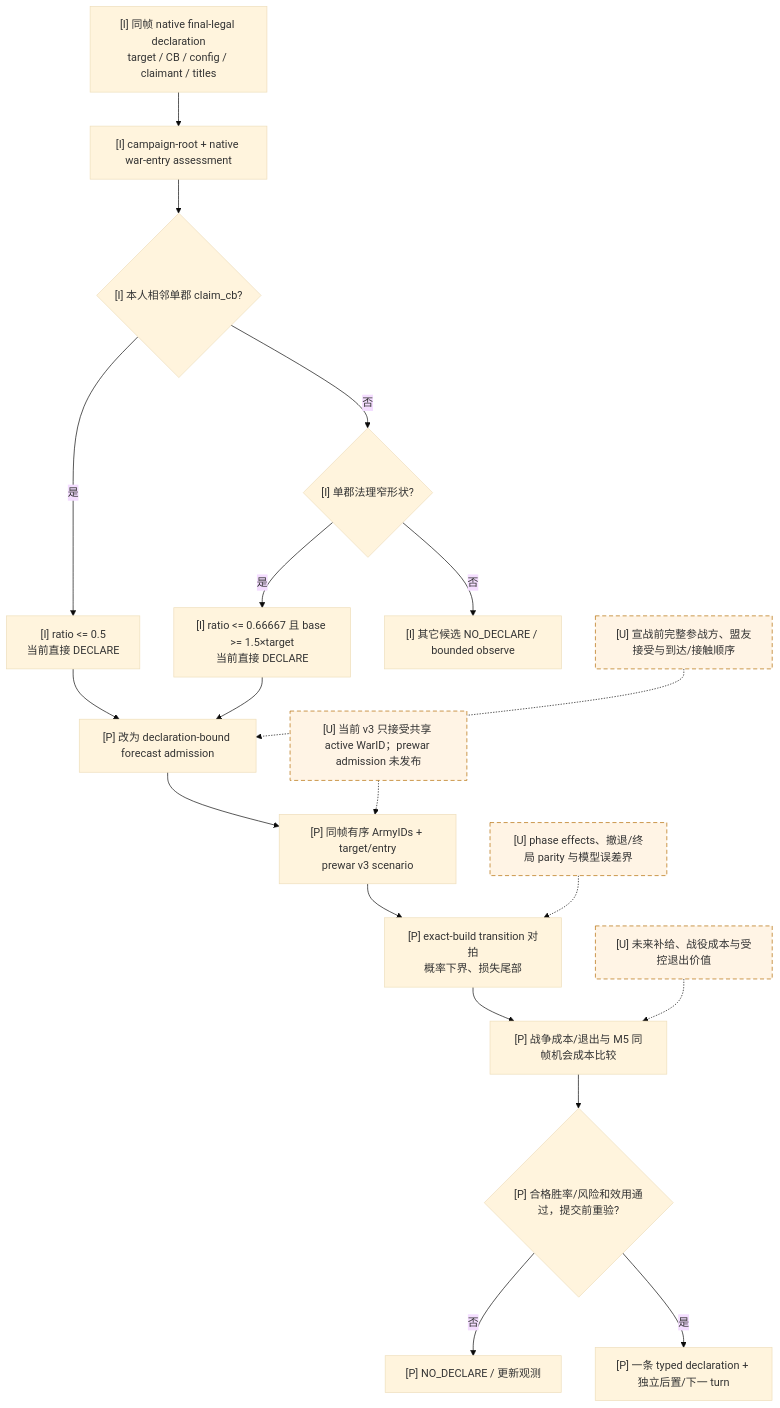
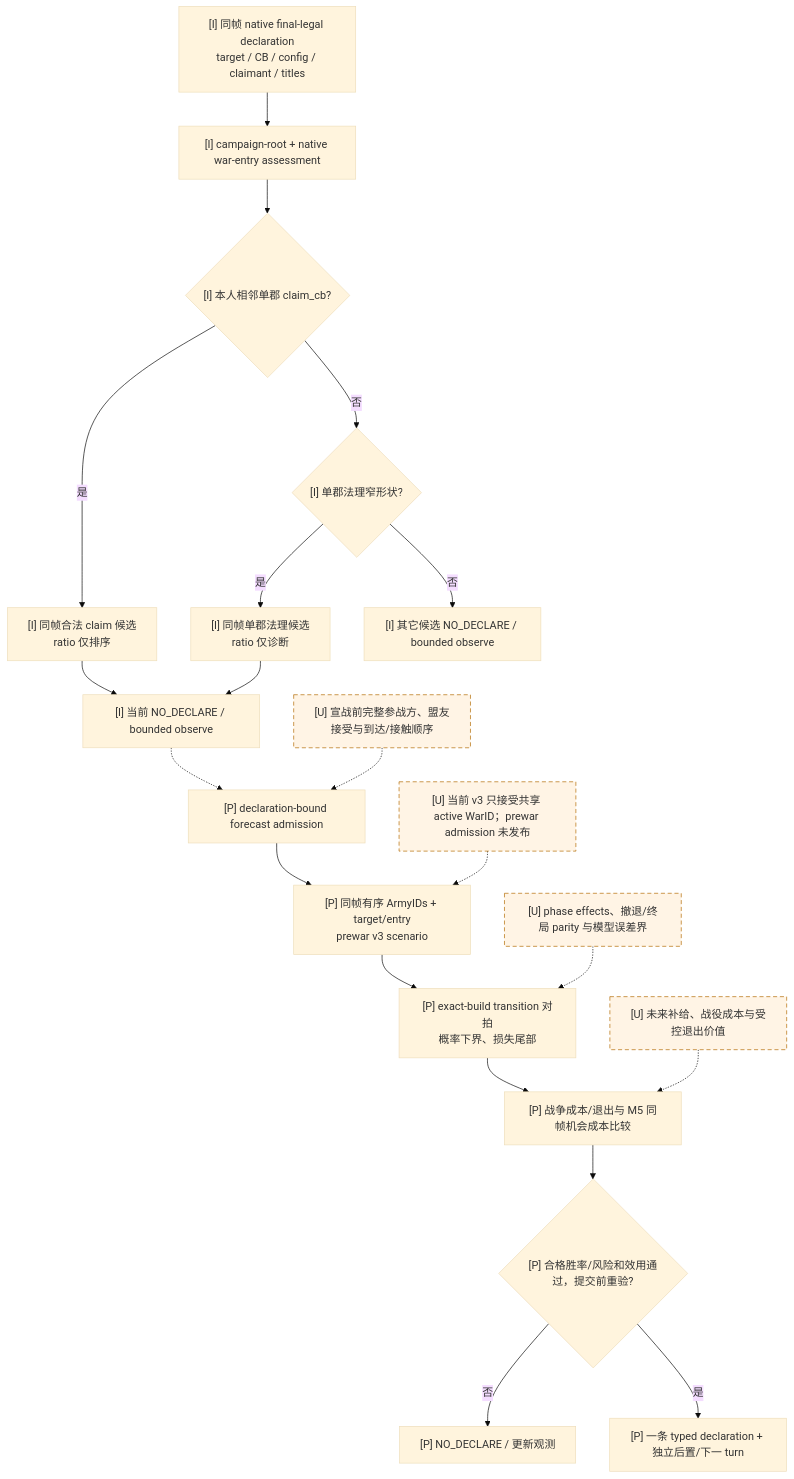
Before and after one commit to XenoAmess/ck3_eternal_recurrence: the seventh of 7 diagrams in docs/ck3-native-ai/war-declaration.md, drawn with Mermaid (base theme). The commit also changed other lines of this file and 3 other files, not shown here.

Commit message:
WAR-DECLARE-FORECAST-B1 defer war declaration until prewar forecast

````diff
--- a/docs/ck3-native-ai/war-declaration.md
+++ b/docs/ck3-native-ai/war-declaration.md
@@ -461,23 +464,24 @@
 ```mermaid
 flowchart TD
     D["[I] 同帧 native final-legal declaration<br/>target / CB / config / claimant / titles"] --> B["[I] campaign-root + native war-entry assessment"]
     B --> C{"[I] 本人相邻单郡 claim_cb?"}
-    C -- 是 --> R1["[I] ratio <= 0.5<br/>当前直接 DECLARE"]
+    C -- 是 --> R1["[I] 同帧合法 claim 候选<br/>ratio 仅排序"]
     C -- 否 --> J{"[I] 单郡法理窄形状?"}
-    J -- 是 --> R2["[I] ratio <= 0.66667 且 base >= 1.5×target<br/>当前直接 DECLARE"]
+    J -- 是 --> R2["[I] 同帧单郡法理候选<br/>ratio 仅诊断"]
     J -- 否 --> N["[I] 其它候选 NO_DECLARE / bounded observe"]
-    R1 --> F["[P] 改为 declaration-bound forecast admission"]
-    R2 --> F
+    R1 --> N1["[I] 当前 NO_DECLARE / bounded observe"]
+    R2 --> N1
+    N1 -.-> F["[P] declaration-bound forecast admission"]
     U1["[U] 宣战前完整参战方、盟友接受与到达/接触顺序"] -.-> F
     F --> V["[P] 同帧有序 ArmyIDs + target/entry<br/>prewar v3 scenario"]
     U2["[U] 当前 v3 只接受共享 active WarID；prewar admission 未发布"] -.-> V
     V --> S["[P] exact-build transition 对拍<br/>概率下界、损失尾部"]
     U3["[U] phase effects、撤退/终局 parity 与模型误差界"] -.-> S
     S --> E["[P] 战争成本/退出与 M5 同帧机会成本比较"]
     U4["[U] 未来补给、战役成本与受控退出价值"] -.-> E
     E --> G{"[P] 合格胜率/风险和效用通过，提交前重验?"}
     G -- 否 --> N2["[P] NO_DECLARE / 更新观测"]
     G -- 是 --> A["[P] 一条 typed declaration + 独立后置/下一 turn"]
     classDef unknown stroke-dasharray: 6 4,fill:#fff4e5,stroke:#b36b00;
     class U1,U2,U3,U4 unknown;
 ```
````
